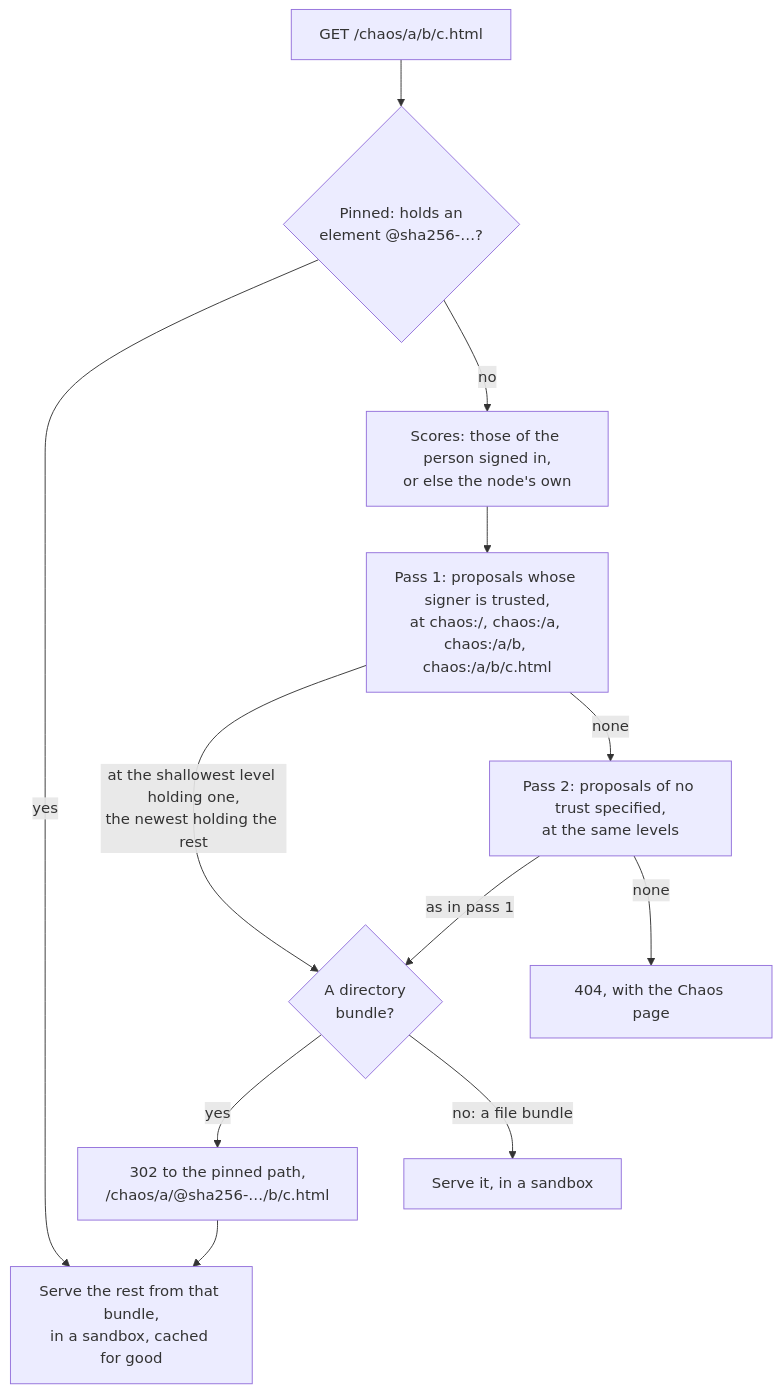
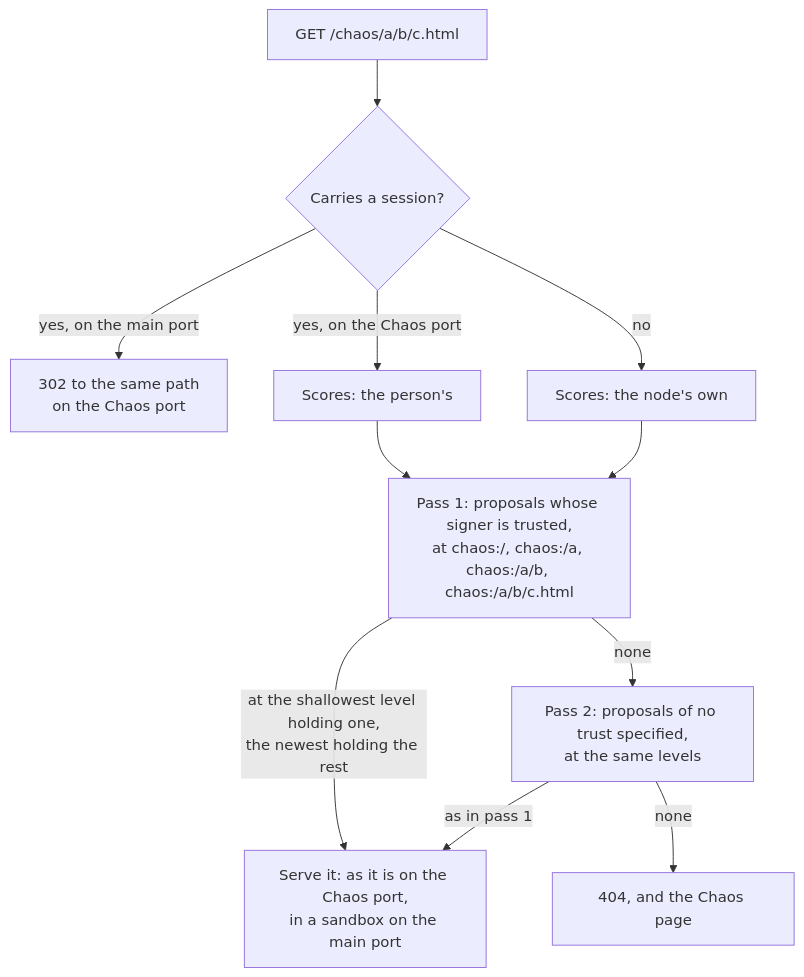
The diagram in docs/implementation/Phase 7.md (marcpage/libranet), drawn with Mermaid before and after one commit. The commit also changed other lines of this file, not shown here.

Commit message:
Chaos is per user

````diff
--- a/docs/implementation/Phase 7.md
+++ b/docs/implementation/Phase 7.md
@@ -103,14 +107,13 @@
 ```mermaid
 flowchart TD
-    req["GET /chaos/a/b/c.html"] --> pinned{"Pinned: holds an<br/>element @sha256-…?"}
-    pinned -->|yes| serve["Serve the rest from that bundle,<br/>in a sandbox, cached for good"]
-    pinned -->|no| scores["Scores: those of the person signed in,<br/>or else the node's own"]
-    scores --> trusted["Pass 1: proposals whose signer is trusted,<br/>at chaos:/, chaos:/a, chaos:/a/b, chaos:/a/b/c.html"]
-    trusted -->|"at the shallowest level holding one,<br/>the newest holding the rest"| chosen{"A directory<br/>bundle?"}
+    req["GET /chaos/a/b/c.html"] --> session{"Carries a session?"}
+    session -->|"yes, on the main port"| moved["302 to the same path<br/>on the Chaos port"]
+    session -->|"yes, on the Chaos port"| person["Scores: the person's"]
+    session -->|no| node["Scores: the node's own"]
+    person --> trusted["Pass 1: proposals whose signer is trusted,<br/>at chaos:/, chaos:/a, chaos:/a/b, chaos:/a/b/c.html"]
+    node --> trusted
+    trusted -->|"at the shallowest level holding one,<br/>the newest holding the rest"| serve["Serve it: as it is on the Chaos port,<br/>in a sandbox on the main port"]
     trusted -->|none| unknown["Pass 2: proposals of no trust specified,<br/>at the same levels"]
-    unknown -->|"as in pass 1"| chosen
-    unknown -->|none| missing["404, with the Chaos page"]
-    chosen -->|yes| redirect["302 to the pinned path,<br/>/chaos/a/@sha256-…/b/c.html"]
-    chosen -->|"no: a file bundle"| file["Serve it, in a sandbox"]
-    redirect --> serve
+    unknown -->|"as in pass 1"| serve
+    unknown -->|none| missing["404, and the Chaos page"]
 ```
````
